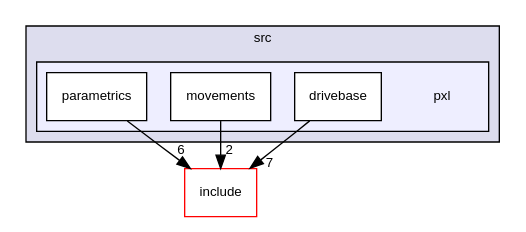
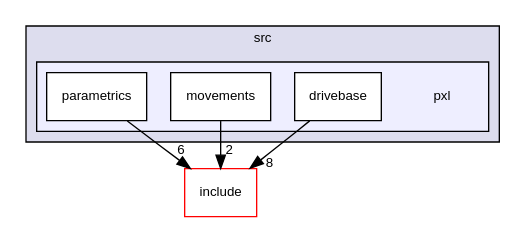
One commit to Pixel-Lib/Pixel changed the diagram in dir_87a857eff530ad659c1a04633acb58d5_dep.dot. Above: the diagram before and after it, drawn with Graphviz. The commit also changed 212 other files, not shown here.

```diff
--- a/dir_87a857eff530ad659c1a04633acb58d5_dep.dot
+++ b/dir_87a857eff530ad659c1a04633acb58d5_dep.dot
@@ -1,19 +1,19 @@
 digraph "src/pxl" {
   compound=true
   node [ fontsize="10", fontname="Helvetica"];
   edge [ labelfontsize="10", labelfontname="Helvetica"];
   subgraph clusterdir_68267d1309a1af8e8297ef4c3efbcdba {
     graph [ bgcolor="#ddddee", pencolor="black", label="src" fontname="Helvetica", fontsize="10", URL="dir_68267d1309a1af8e8297ef4c3efbcdba.html"]
   subgraph clusterdir_87a857eff530ad659c1a04633acb58d5 {
     graph [ bgcolor="#eeeeff", pencolor="black", label="" URL="dir_87a857eff530ad659c1a04633acb58d5.html"];
     dir_87a857eff530ad659c1a04633acb58d5 [shape=plaintext label="pxl"];
   dir_e919bc17ba6dd875156a1492c2b92224 [shape=box label="drivebase" fillcolor="white" style="filled" URL="dir_e919bc17ba6dd875156a1492c2b92224.html"];
   dir_da6b542a4b13fc055b1c444658d69961 [shape=box label="movements" fillcolor="white" style="filled" URL="dir_da6b542a4b13fc055b1c444658d69961.html"];
   dir_5268b233717f10508878cca84d25b979 [shape=box label="parametrics" fillcolor="white" style="filled" URL="dir_5268b233717f10508878cca84d25b979.html"];
   }
   }
   dir_d44c64559bbebec7f509842c48db8b23 [shape=box label="include" fillcolor="white" style="filled" color="red" URL="dir_d44c64559bbebec7f509842c48db8b23.html"];
   dir_da6b542a4b13fc055b1c444658d69961->dir_d44c64559bbebec7f509842c48db8b23 [headlabel="2", labeldistance=1.5 headhref="dir_000007_000000.html"];
   dir_5268b233717f10508878cca84d25b979->dir_d44c64559bbebec7f509842c48db8b23 [headlabel="6", labeldistance=1.5 headhref="dir_000008_000000.html"];
-  dir_e919bc17ba6dd875156a1492c2b92224->dir_d44c64559bbebec7f509842c48db8b23 [headlabel="7", labeldistance=1.5 headhref="dir_000006_000000.html"];
+  dir_e919bc17ba6dd875156a1492c2b92224->dir_d44c64559bbebec7f509842c48db8b23 [headlabel="8", labeldistance=1.5 headhref="dir_000006_000000.html"];
 }
```
